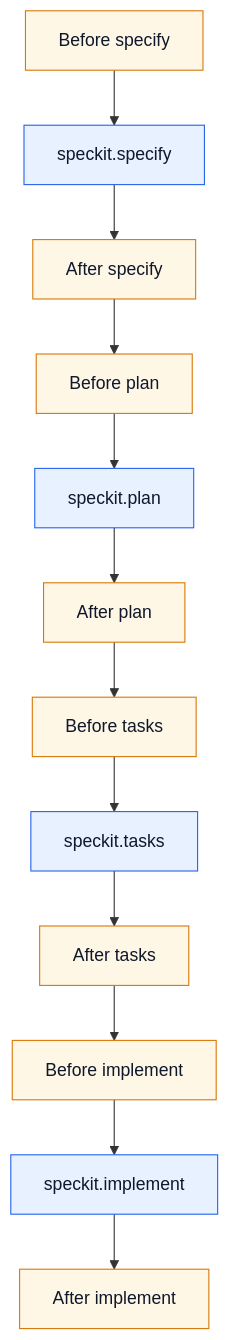
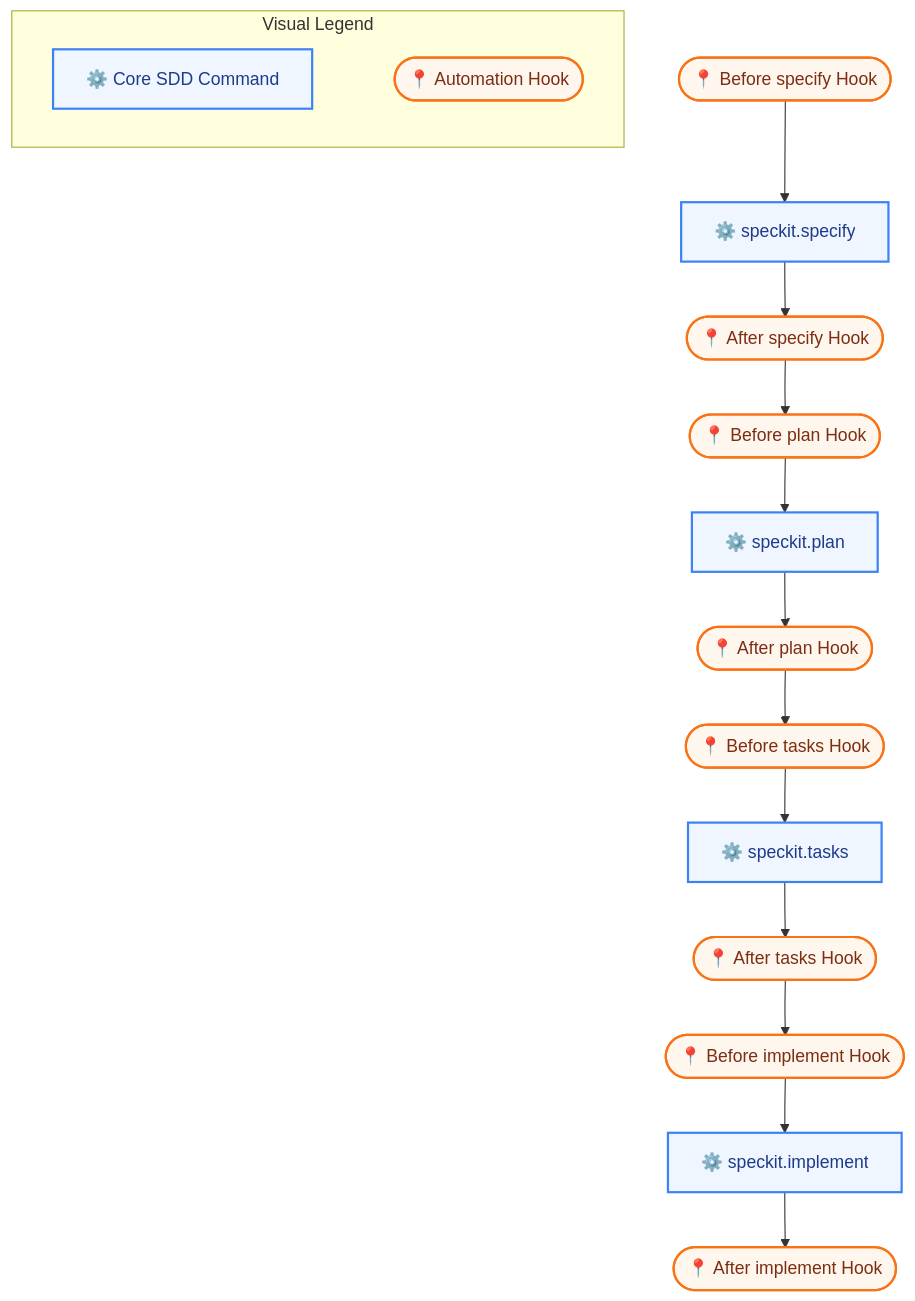
One commit to d-dragon/dp-stock-investment-assistant changed the third of 4 diagrams in docs/spec-driven development (SDD)/spec-kit HOW-TO.md. Above: the diagram before and after it, drawn with Mermaid. The commit also changed other lines of this file and 28 other files, not shown here.

````diff
--- a/docs/spec-driven development (SDD)/spec-kit HOW-TO.md
+++ b/docs/spec-driven development (SDD)/spec-kit HOW-TO.md
@@ -353,20 +490,28 @@
 ```mermaid
 flowchart TB
-  BS[Before specify] --> SP[speckit.specify]
-  SP --> AS[After specify]
-  AS --> BP[Before plan]
-  BP --> PL[speckit.plan]
-  PL --> AP[After plan]
-  AP --> BT[Before tasks]
-  BT --> TK[speckit.tasks]
-  TK --> AT[After tasks]
-  AT --> BI[Before implement]
-  BI --> IM[speckit.implement]
-  IM --> AI[After implement]
+  %% Main command chain with hook overlay
+  BS(["📍 Before specify Hook"]) --> SP["⚙️ speckit.specify"]
+  SP --> AS(["📍 After specify Hook"])
+  AS --> BP(["📍 Before plan Hook"])
+  BP --> PL["⚙️ speckit.plan"]
+  PL --> AP(["📍 After plan Hook"])
+  AP --> BT(["📍 Before tasks Hook"])
+  BT --> TK["⚙️ speckit.tasks"]
+  TK --> AT(["📍 After tasks Hook"])
+  AT --> BI(["📍 Before implement Hook"])
+  BI --> IM["⚙️ speckit.implement"]
+  IM --> AI(["📍 After implement Hook"])
 
-  classDef core fill:#E8F1FF,stroke:#2563EB,stroke-width:1px,color:#0F172A;
-  classDef gate fill:#FFF7E6,stroke:#D97706,stroke-width:1px,color:#0F172A;
+  %% Legend
+  subgraph Legend ["Visual Legend"]
+    direction LR
+    L_CMD["⚙️ Core SDD Command"] ~~~ L_Hook(["📍 Automation Hook"])
+  end
 
-  class SP,PL,TK,IM core;
-  class BS,AS,BP,AP,BT,AT,BI,AI gate;
+  %% Styling
+  classDef cmd fill:#EFF6FF,stroke:#3B82F6,stroke-width:2px,color:#1E3A8A;
+  classDef hook fill:#FFF7ED,stroke:#F97316,stroke-width:2px,color:#7C2D12;
+
+  class SP,PL,TK,IM,L_CMD cmd;
+  class BS,AS,BP,AP,BT,AT,BI,AI,L_Hook hook;
 ```
````
